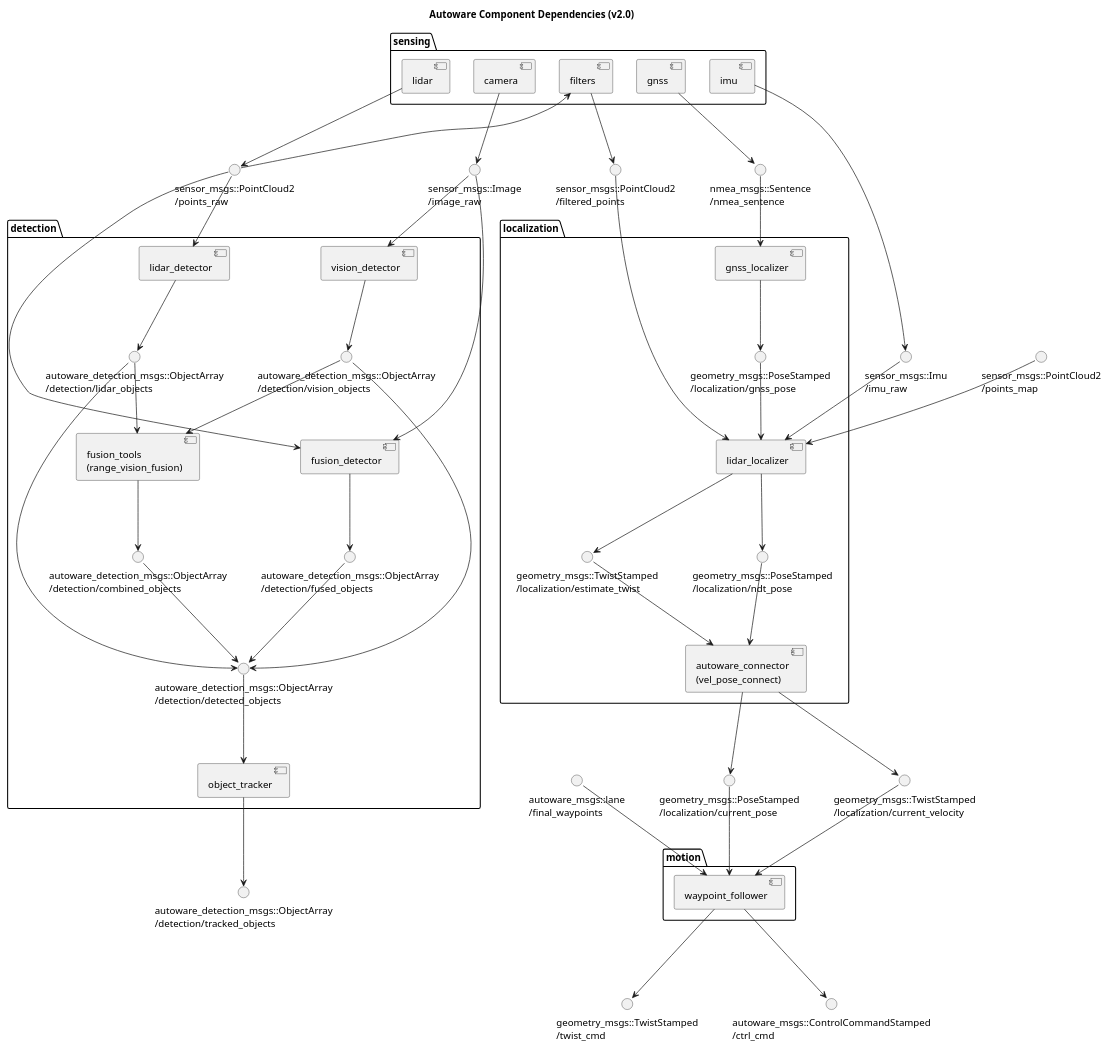
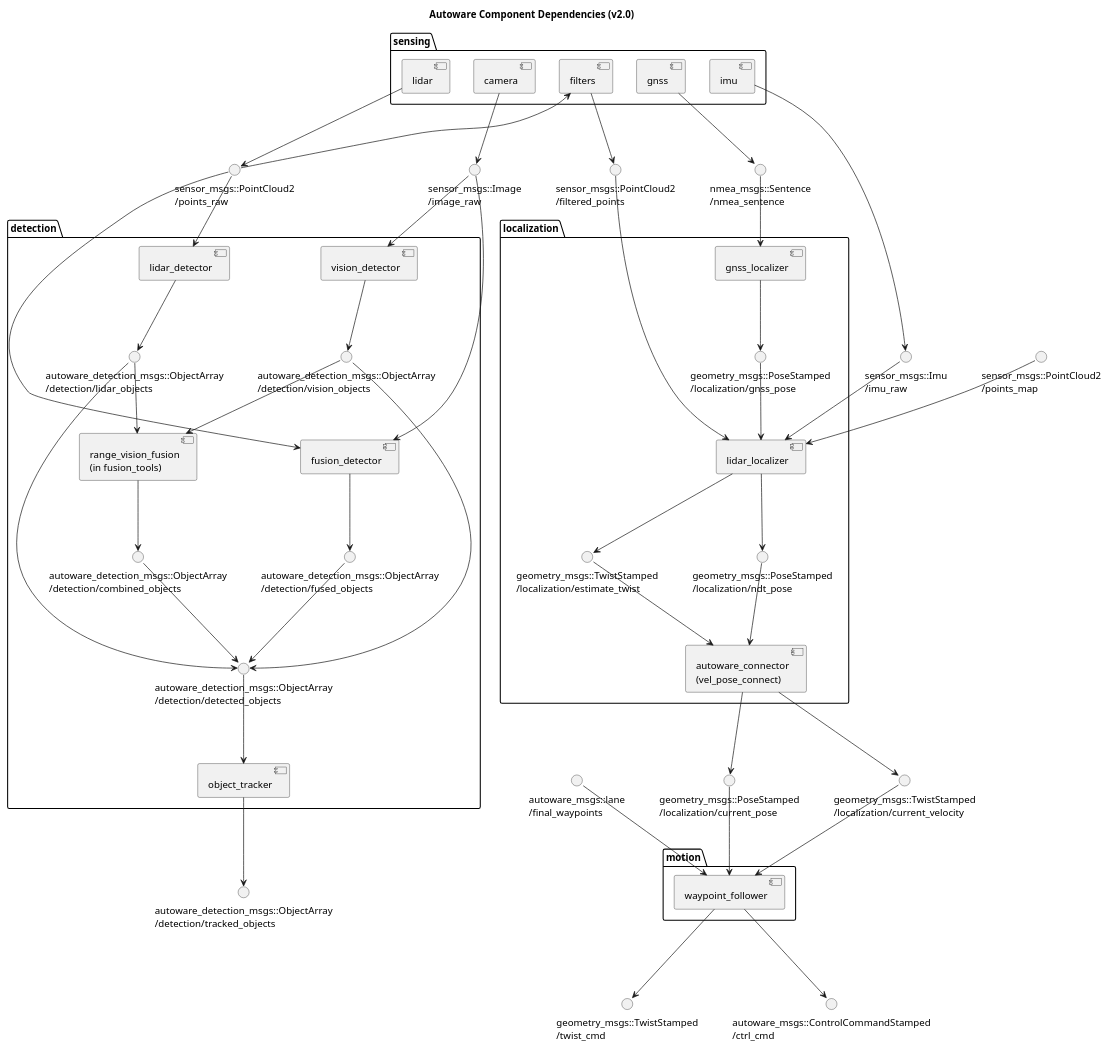
One commit to heyuliang/Autoware changed the diagram in docs/architecture/ComponentDiagram.pu. Above: the diagram before and after it, drawn with PlantUML.

Commit message:
Replace string in range_vision_fusion

```diff
--- a/docs/architecture/ComponentDiagram.pu
+++ b/docs/architecture/ComponentDiagram.pu
@@ -1,144 +1,144 @@
 @startuml
 
 title Autoware Component Dependencies (v2.0)
 
 () "sensor_msgs::Image\n/image_raw" as image_raw
 () "sensor_msgs::PointCloud2\n/points_raw" as points_raw
 () "sensor_msgs::PointCloud2\n/filtered_points" as filtered_points
 () "sensor_msgs::Imu\n/imu_raw" as imu_raw 
 () "nmea_msgs::Sentence\n/nmea_sentence" as nmea_sentence
 
 folder sensing {
     [camera]
     'outputs
     camera --> image_raw
 
     [lidar]
     'outputs
     lidar --> points_raw
 
     [filters]
     'inputs
     points_raw --> filters
     'outputs
     filters --> filtered_points
 
     [imu]
     'outputs
     imu --> imu_raw
 
     [gnss]
     'outputs
     gnss --> nmea_sentence
 }
 
 () "autoware_detection_msgs::ObjectArray\n/detection/tracked_objects" as tracked_objects
 '() "autoware_detection_msgs::TrafficLight\n/detection/traffic_light_color" as traffic_light_color
 
 folder detection {
     () "autoware_detection_msgs::ObjectArray\n/detection/vision_objects" as detected_objects_vision
     () "autoware_detection_msgs::ObjectArray\n/detection/lidar_objects" as detected_objects_lidar
     () "autoware_detection_msgs::ObjectArray\n/detection/combined_objects" as detected_objects_combined
     () "autoware_detection_msgs::ObjectArray\n/detection/fused_objects" as detected_objects_fused
     () "autoware_detection_msgs::ObjectArray\n/detection/detected_objects" as detected_objects
 
     [vision_detector]
     'inputs
     image_raw --> vision_detector
     'outputs
     vision_detector --> detected_objects_vision
 
     [lidar_detector]
     'inputs
     points_raw --> lidar_detector
     'outputs
     lidar_detector --> detected_objects_lidar
 
     [fusion_detector]
     'inputs
     image_raw --> fusion_detector
     points_raw --> fusion_detector
     'outputs
     fusion_detector --> detected_objects_fused
 
-    [fusion_tools\n(range_vision_fusion)] as fusion_tools
+    [range_vision_fusion\n(in fusion_tools)] as fusion_tools
     'inputs
     detected_objects_vision --> fusion_tools
     detected_objects_lidar --> fusion_tools
     'outputs
     fusion_tools --> detected_objects_combined
 
     'connection
     detected_objects_vision --> detected_objects
     detected_objects_lidar --> detected_objects
     detected_objects_combined --> detected_objects
     detected_objects_fused --> detected_objects
 
     [object_tracker]
     'inputs
     detected_objects --> object_tracker
     'outputs
     object_tracker --> tracked_objects
 
     '[trafficlight_recognizer]
     'inputs
     'image_raw --> trafficlight_recognizer
     'outputs
     'trafficlight_recognizer --> traffic_light_color
 }
 
 'lidar_localizer
 () "sensor_msgs::PointCloud2\n/points_map" as points_map
 
 'vel_pose_connect
 () "geometry_msgs::PoseStamped\n/localization/current_pose" as current_pose
 () "geometry_msgs::TwistStamped\n/localization/current_velocity" as current_velocity
 
 folder localization {
     () "geometry_msgs::PoseStamped\n/localization/gnss_pose" as gnss_pose
     () "geometry_msgs::TwistStamped\n/localization/estimate_twist" as estimate_twist
     () "geometry_msgs::PoseStamped\n/localization/ndt_pose" as ndt_pose
 
     [gnss_localizer]
     'inputs
     nmea_sentence --> gnss_localizer
     'outputs
     gnss_localizer --> gnss_pose
 
     [lidar_localizer]
     'inputs
     gnss_pose --> lidar_localizer
     filtered_points --> lidar_localizer
     points_map --> lidar_localizer
     imu_raw --> lidar_localizer
     'outputs
     lidar_localizer --> estimate_twist
     lidar_localizer --> ndt_pose
 
     [autoware_connector\n(vel_pose_connect)] as vel_pose_connect
     'inputs
     estimate_twist --> vel_pose_connect
     ndt_pose --> vel_pose_connect
     'outputs
     vel_pose_connect --> current_pose
     vel_pose_connect --> current_velocity
 
     '[dead_reckoner] @ Autoware v2.0
 }
 
 () "autoware_msgs::lane\n/final_waypoints" as final_waypoints
 () "geometry_msgs::TwistStamped\n/twist_cmd" as twist_cmd
 () "autoware_msgs::ControlCommandStamped\n/ctrl_cmd" as ctrl_cmd
 
 folder motion {
     [waypoint_follower]
     'inputs
     current_pose --> waypoint_follower
     current_velocity --> waypoint_follower
     final_waypoints --> waypoint_follower
     'outputs
     waypoint_follower --> twist_cmd
     waypoint_follower --> ctrl_cmd
 }
 
 @enduml
```
